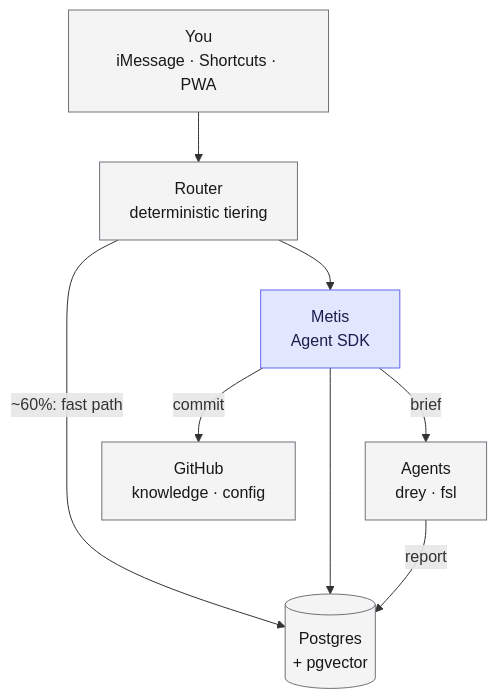
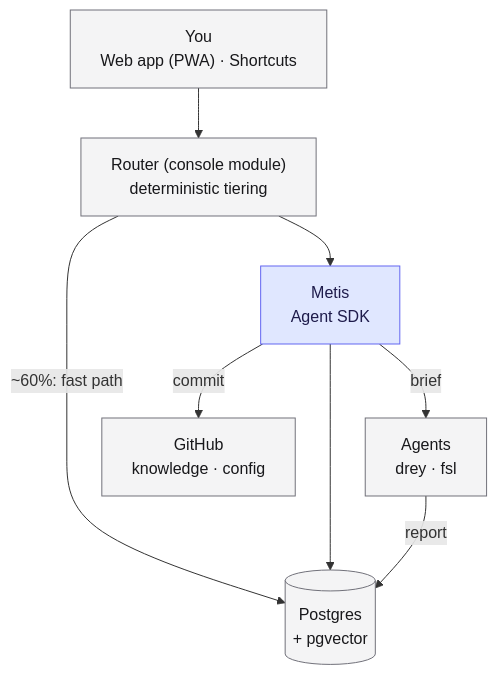
One commit to foldedspacelabs/metistry changed the first of 2 diagrams in metistry-build-plan.md. Above: the diagram before and after it, drawn with Mermaid. The commit also changed other lines of this file and 2 other files, not shown here.

First line of the commit message:
Interface pivot: web app is the door, iMessage dropped (D1/D2/D8/D10)

````diff
--- a/metistry-build-plan.md
+++ b/metistry-build-plan.md
@@ -27,22 +27,22 @@
 ```mermaid
 flowchart TD
-  You["You<br/>iMessage · Shortcuts · PWA"]
-  Router["Router<br/>deterministic tiering"]
+  You["You<br/>Web app (PWA) · Shortcuts"]
+  Router["Router (console module)<br/>deterministic tiering"]
   PG[("Postgres<br/>+ pgvector")]
   Metis["Metis<br/>Agent SDK"]
   Agents["Agents<br/>drey · fsl"]
   GH["GitHub<br/>knowledge · config"]
 
   You --> Router
   Router -->|"~60%: fast path"| PG
   Router --> Metis
   Metis --> PG
   Metis -->|brief| Agents
   Agents -->|report| PG
   Metis -->|commit| GH
 
   classDef n fill:#f4f4f5,stroke:#71717a,color:#18181b
   classDef s fill:#e0e7ff,stroke:#6366f1,color:#1e1b4b
   class You,Router,PG,Agents,GH n
   class Metis s
 ```
````
